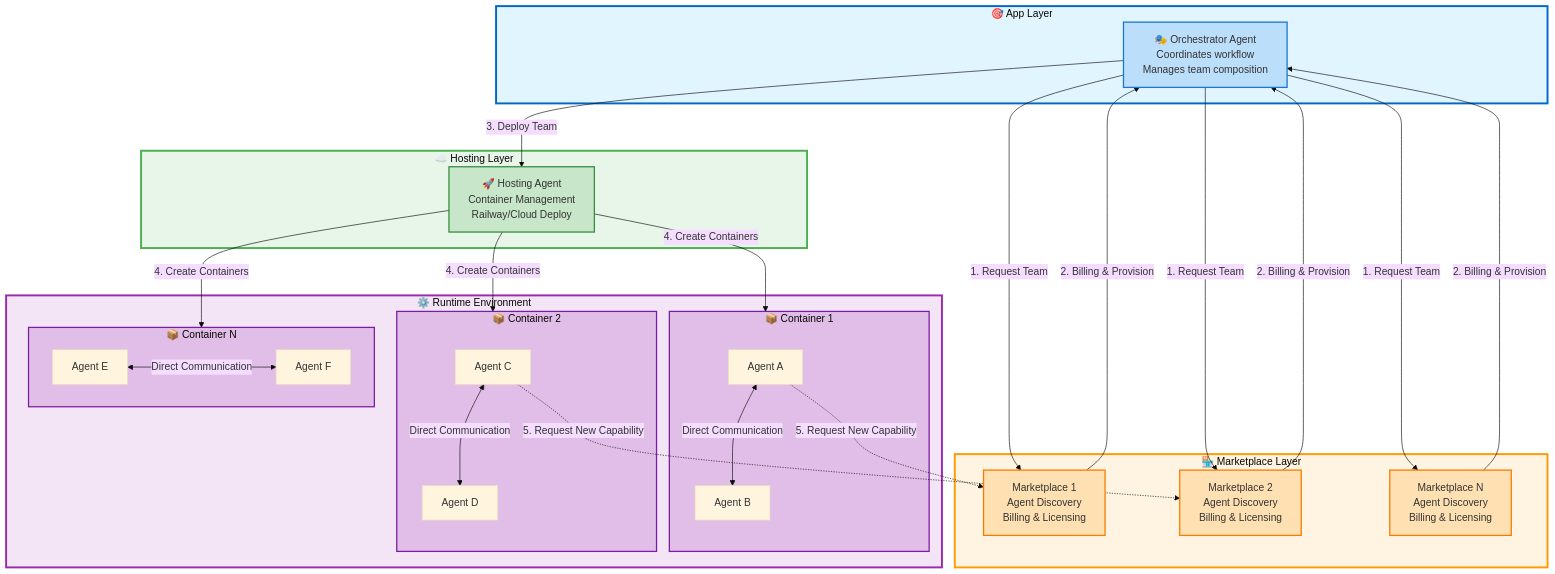
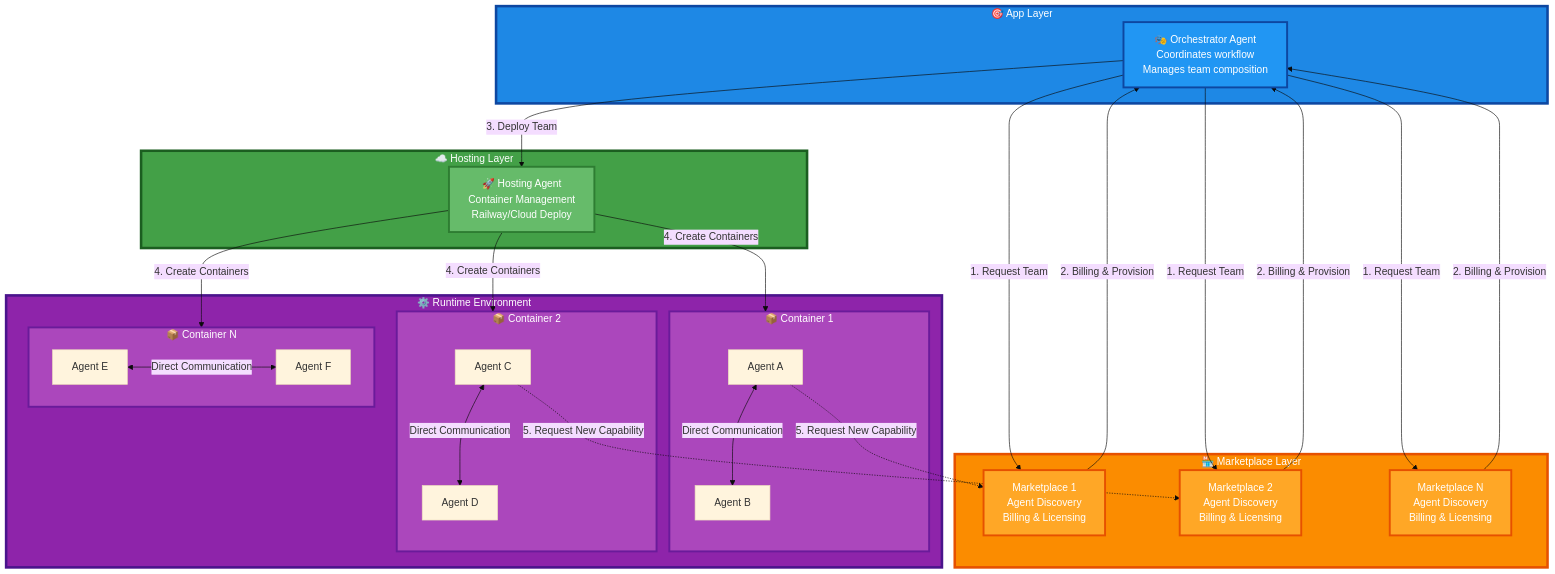
The diagram in platform/agentify/PLATFORM_ARCHITECTURE.md (JonasDEMA/agentify_os), drawn with Mermaid (base theme) before and after one commit.

Commit message:
fix: Improve architecture diagram contrast for dark mode - Changed from pastel to bold, saturated colors - Blue App Layer: #1e88e5 (was #e1f5ff) - Orange Marketplace: #fb8c00 (was #fff4e1) - Green Hosting: #43a047 (was #e8f5e9) - Purple Runtime: #8e24aa (was #f3e5f5) - Added white text color for all elements - Increased stroke width to 4px for better visibility - Much better readability on dark backgrounds

````diff
--- a/platform/agentify/PLATFORM_ARCHITECTURE.md
+++ b/platform/agentify/PLATFORM_ARCHITECTURE.md
@@ -41,65 +41,65 @@
 ```mermaid
 graph TB
     subgraph APP["🎯 App Layer"]
         ORCH["🎭 Orchestrator Agent<br/>Coordinates workflow<br/>Manages team composition"]
     end
 
     subgraph MARKET["🏪 Marketplace Layer"]
         MP1["Marketplace 1<br/>Agent Discovery<br/>Billing & Licensing"]
         MP2["Marketplace 2<br/>Agent Discovery<br/>Billing & Licensing"]
         MP3["Marketplace N<br/>Agent Discovery<br/>Billing & Licensing"]
     end
 
     subgraph HOST["☁️ Hosting Layer"]
         HOSTA["🚀 Hosting Agent<br/>Container Management<br/>Railway/Cloud Deploy"]
     end
 
     subgraph RUNTIME["⚙️ Runtime Environment"]
         subgraph CONT1["📦 Container 1"]
             A1["Agent A"]
             A2["Agent B"]
         end
         subgraph CONT2["📦 Container 2"]
             A3["Agent C"]
             A4["Agent D"]
         end
         subgraph CONT3["📦 Container N"]
             A5["Agent E"]
             A6["Agent F"]
         end
     end
 
     ORCH -->|"1. Request Team"| MP1
     ORCH -->|"1. Request Team"| MP2
     ORCH -->|"1. Request Team"| MP3
 
     MP1 -->|"2. Billing & Provision"| ORCH
     MP2 -->|"2. Billing & Provision"| ORCH
     MP3 -->|"2. Billing & Provision"| ORCH
 
     ORCH -->|"3. Deploy Team"| HOSTA
 
     HOSTA -->|"4. Create Containers"| CONT1
     HOSTA -->|"4. Create Containers"| CONT2
     HOSTA -->|"4. Create Containers"| CONT3
 
     A1 <-->|"Direct Communication"| A2
     A3 <-->|"Direct Communication"| A4
     A5 <-->|"Direct Communication"| A6
 
     A1 -.->|"5. Request New Capability"| MP1
     A3 -.->|"5. Request New Capability"| MP2
 
-    style APP fill:#e1f5ff,stroke:#0066cc,stroke-width:3px
-    style MARKET fill:#fff4e1,stroke:#ff9900,stroke-width:3px
-    style HOST fill:#e8f5e9,stroke:#4caf50,stroke-width:3px
-    style RUNTIME fill:#f3e5f5,stroke:#9c27b0,stroke-width:3px
-    style ORCH fill:#bbdefb,stroke:#1976d2,stroke-width:2px
-    style HOSTA fill:#c8e6c9,stroke:#388e3c,stroke-width:2px
-    style MP1 fill:#ffe0b2,stroke:#f57c00,stroke-width:2px
-    style MP2 fill:#ffe0b2,stroke:#f57c00,stroke-width:2px
-    style MP3 fill:#ffe0b2,stroke:#f57c00,stroke-width:2px
-    style CONT1 fill:#e1bee7,stroke:#7b1fa2,stroke-width:2px
-    style CONT2 fill:#e1bee7,stroke:#7b1fa2,stroke-width:2px
-    style CONT3 fill:#e1bee7,stroke:#7b1fa2,stroke-width:2px
+    style APP fill:#1e88e5,stroke:#0d47a1,stroke-width:4px,color:#fff
+    style MARKET fill:#fb8c00,stroke:#e65100,stroke-width:4px,color:#fff
+    style HOST fill:#43a047,stroke:#1b5e20,stroke-width:4px,color:#fff
+    style RUNTIME fill:#8e24aa,stroke:#4a148c,stroke-width:4px,color:#fff
+    style ORCH fill:#2196f3,stroke:#0d47a1,stroke-width:3px,color:#fff
+    style HOSTA fill:#66bb6a,stroke:#2e7d32,stroke-width:3px,color:#fff
+    style MP1 fill:#ffa726,stroke:#e65100,stroke-width:3px,color:#fff
+    style MP2 fill:#ffa726,stroke:#e65100,stroke-width:3px,color:#fff
+    style MP3 fill:#ffa726,stroke:#e65100,stroke-width:3px,color:#fff
+    style CONT1 fill:#ab47bc,stroke:#6a1b9a,stroke-width:3px,color:#fff
+    style CONT2 fill:#ab47bc,stroke:#6a1b9a,stroke-width:3px,color:#fff
+    style CONT3 fill:#ab47bc,stroke:#6a1b9a,stroke-width:3px,color:#fff
 ```
````
